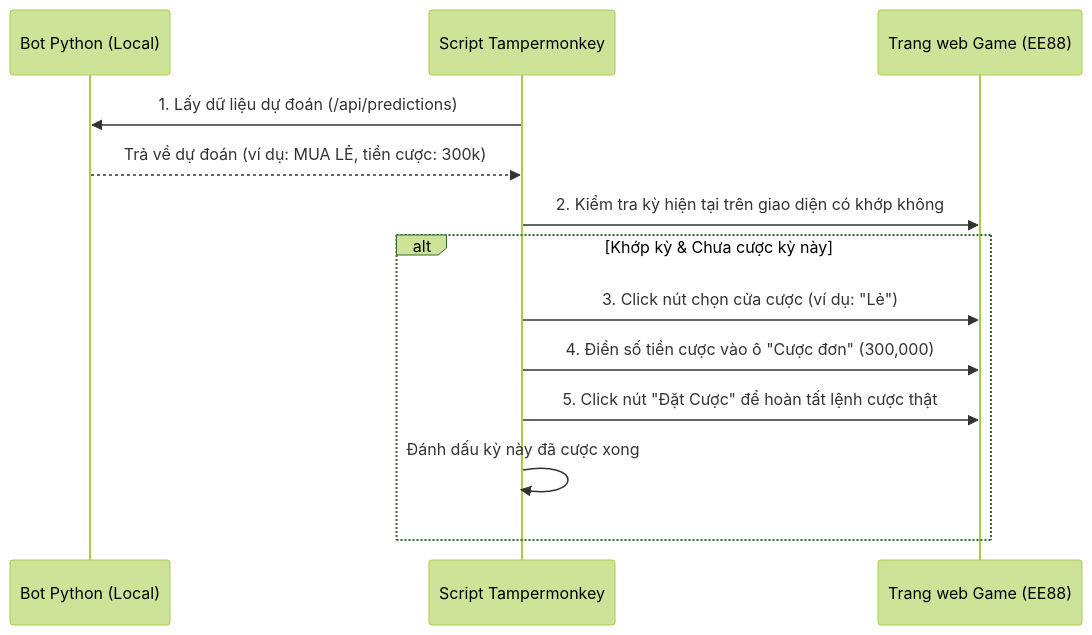
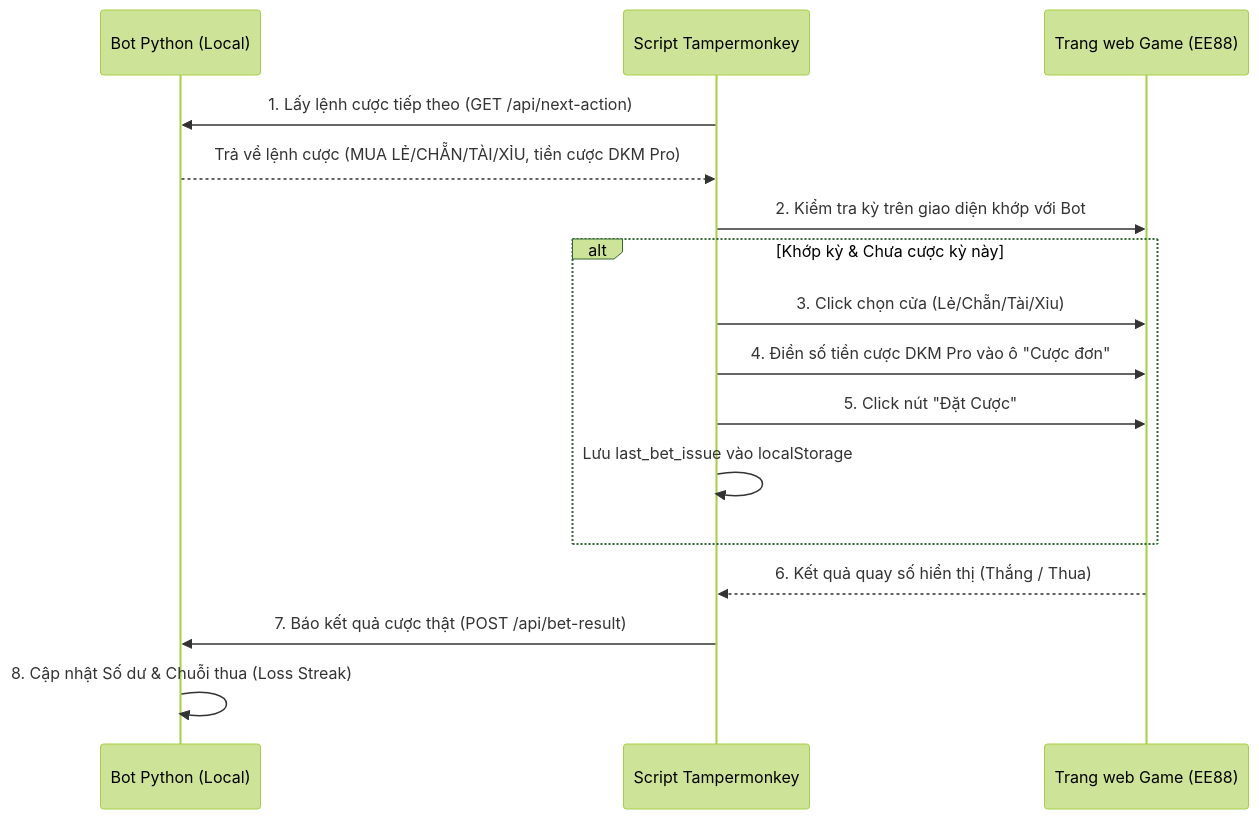
Before and after one commit to lvstants03/MarkovBrain: the diagram in plan.md, drawn with Mermaid (forest theme). The commit also changed other lines of this file and 42 other files, not shown here.

````diff
--- a/plan.md
+++ b/plan.md
@@ -11,16 +10,19 @@
 ```mermaid
 sequenceDiagram
     participant Bot as Bot Python (Local)
     participant TM as Script Tampermonkey
     participant Game as Trang web Game (EE88)
     
-    TM->>Bot: 1. Lấy dữ liệu dự đoán (/api/predictions)
-    Bot-->>TM: Trả về dự đoán (ví dụ: MUA LẺ, tiền cược: 300k)
-    TM->>Game: 2. Kiểm tra kỳ hiện tại trên giao diện có khớp không
+    TM->>Bot: 1. Lấy lệnh cược tiếp theo (GET /api/next-action)
+    Bot-->>TM: Trả về lệnh cược (MUA LẺ/CHẴN/TÀI/XỈU, tiền cược DKM Pro)
+    TM->>Game: 2. Kiểm tra kỳ trên giao diện khớp với Bot
     alt Khớp kỳ & Chưa cược kỳ này
-        TM->>Game: 3. Click nút chọn cửa cược (ví dụ: "Lẻ")
-        TM->>Game: 4. Điền số tiền cược vào ô "Cược đơn" (300,000)
-        TM->>Game: 5. Click nút "Đặt Cược" để hoàn tất lệnh cược thật
-        TM->>TM: Đánh dấu kỳ này đã cược xong
+        TM->>Game: 3. Click chọn cửa (Lẻ/Chẵn/Tài/Xỉu)
+        TM->>Game: 4. Điền số tiền cược DKM Pro vào ô "Cược đơn"
+        TM->>Game: 5. Click nút "Đặt Cược"
+        TM->>TM: Lưu last_bet_issue vào localStorage
     end
+    Game-->>TM: 6. Kết quả quay số hiển thị (Thắng / Thua)
+    TM->>Bot: 7. Báo kết quả cược thật (POST /api/bet-result)
+    Bot->>Bot: 8. Cập nhật Số dư & Chuỗi thua (Loss Streak)
 ```
````
